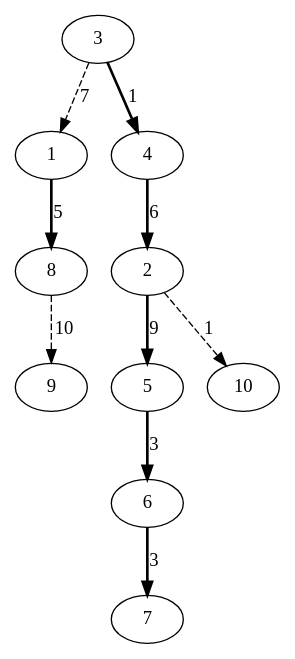
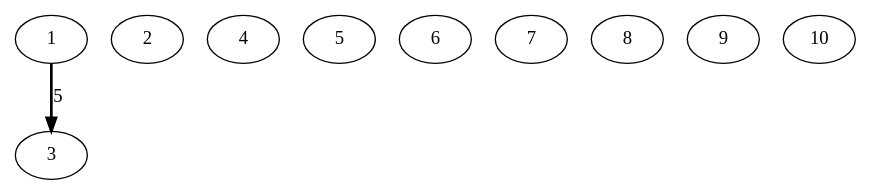
Before and after one commit to Musab1Blaser/DynamicTrees_NF: the diagram in ST-Tree/src/combined_graph.dot, drawn with Graphviz. The commit also changed 7 other files, not shown here.

```diff
--- a/ST-Tree/src/combined_graph.dot
+++ b/ST-Tree/src/combined_graph.dot
@@ -1,21 +1,13 @@
 digraph G {
-1 -> 8 [style=bold, label=5];
-3 -> 4 [style=bold, label=1];
-4 -> 2 [style=bold, label=6];
-2 -> 5 [style=bold, label=9];
-5 -> 6 [style=bold, label=3];
-6 -> 7 [style=bold, label=3];
-3 -> 1 [style=dashed, label=7];
-8 -> 9 [style=dashed, label=10];
-2 -> 10 [style=dashed, label=1];
+1 -> 3 [style=bold, label=5];
 1; 
 2; 
 3; 
 4; 
 5; 
 6; 
 7; 
 8; 
 9; 
 10; 
 }
```
